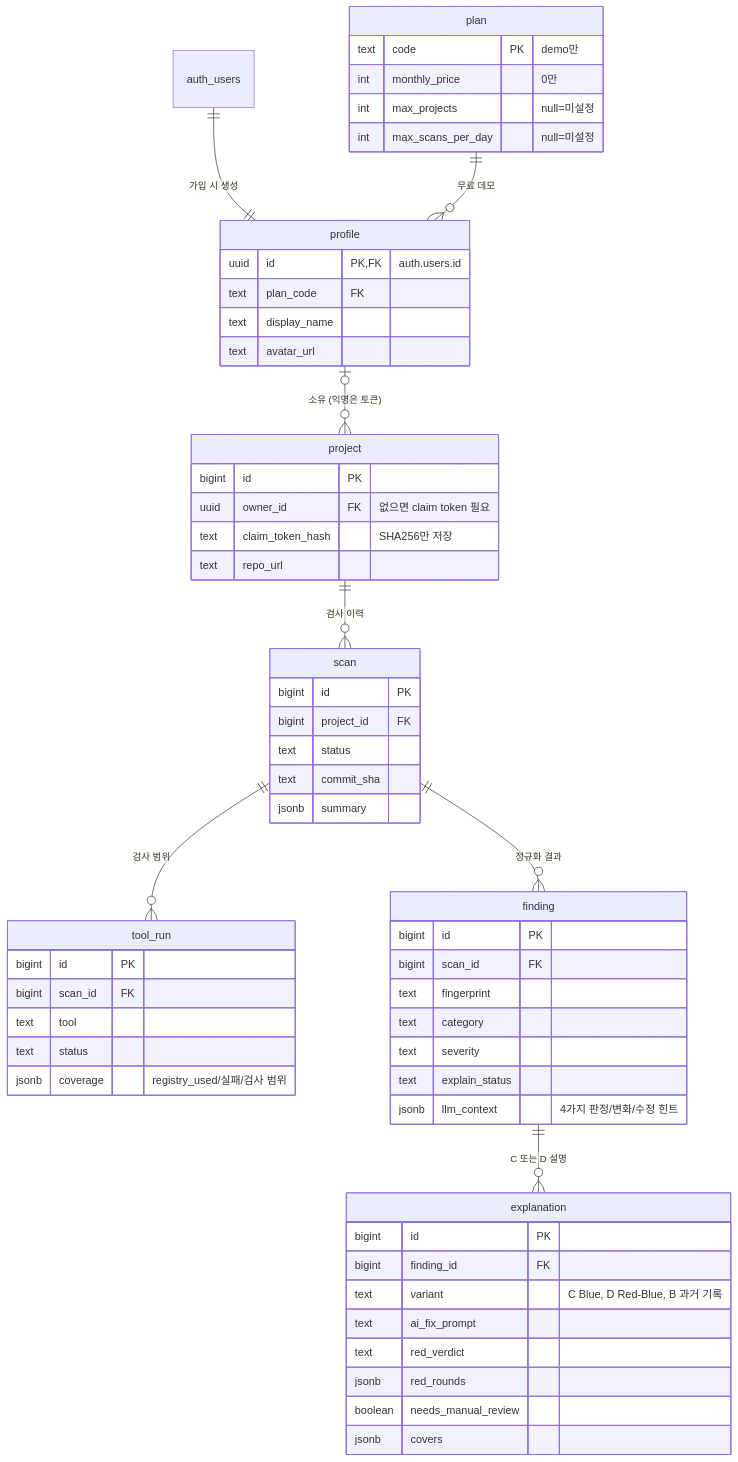
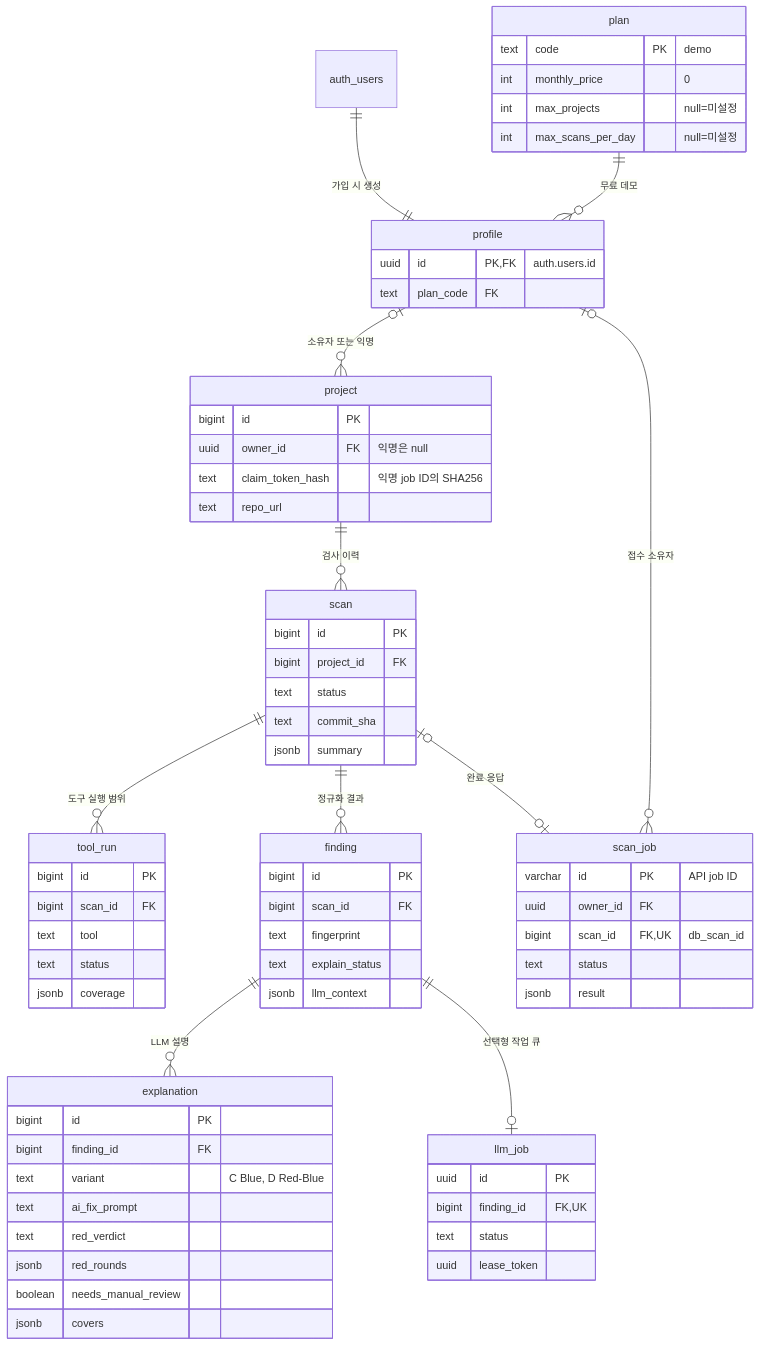
Before and after one commit to maebsy/YMCA-hackathon-2026: the diagram in docs/db-erd.md, drawn with Mermaid. The commit also changed other lines of this file and 16 other files, not shown here.

````diff
--- a/docs/db-erd.md
+++ b/docs/db-erd.md
@@ -7,61 +18,73 @@
 ```mermaid
 erDiagram
     auth_users ||--|| profile : "가입 시 생성"
     plan ||--o{ profile : "무료 데모"
-    profile |o--o{ project : "소유 (익명은 토큰)"
+    profile |o--o{ project : "소유자 또는 익명"
     project ||--o{ scan : "검사 이력"
-    scan ||--o{ tool_run : "검사 범위"
+    scan ||--o{ tool_run : "도구 실행 범위"
     scan ||--o{ finding : "정규화 결과"
-    finding ||--o{ explanation : "C 또는 D 설명"
+    finding ||--o{ explanation : "LLM 설명"
+    finding ||--o| llm_job : "선택형 작업 큐"
+    profile |o--o{ scan_job : "접수 소유자"
+    scan |o--o| scan_job : "완료 응답"
     plan {
-        text code PK "demo만"
-        int monthly_price "0만"
+        text code PK "demo"
+        int monthly_price "0"
         int max_projects "null=미설정"
         int max_scans_per_day "null=미설정"
     }
     profile {
         uuid id PK,FK "auth.users.id"
         text plan_code FK
-        text display_name
-        text avatar_url
     }
     project {
         bigint id PK
-        uuid owner_id FK "없으면 claim token 필요"
-        text claim_token_hash "SHA256만 저장"
+        uuid owner_id FK "익명은 null"
+        text claim_token_hash "익명 job ID의 SHA256"
         text repo_url
     }
     scan {
         bigint id PK
         bigint project_id FK
         text status
         text commit_sha
         jsonb summary
     }
     tool_run {
         bigint id PK
         bigint scan_id FK
         text tool
         text status
-        jsonb coverage "registry_used/실패/검사 범위"
+        jsonb coverage
     }
     finding {
         bigint id PK
         bigint scan_id FK
         text fingerprint
-        text category
-        text severity
         text explain_status
-        jsonb llm_context "4가지 판정/변화/수정 힌트"
+        jsonb llm_context
     }
     explanation {
         bigint id PK
         bigint finding_id FK
-        text variant "C Blue, D Red-Blue, B 과거 기록"
+        text variant "C Blue, D Red-Blue"
         text ai_fix_prompt
         text red_verdict
         jsonb red_rounds
         boolean needs_manual_review
         jsonb covers
     }
+    llm_job {
+        uuid id PK
+        bigint finding_id FK,UK
+        text status
+        uuid lease_token
+    }
+    scan_job {
+        varchar id PK "API job ID"
+        uuid owner_id FK
+        bigint scan_id FK,UK "db_scan_id"
+        text status
+        jsonb result
+    }
 ```
````
